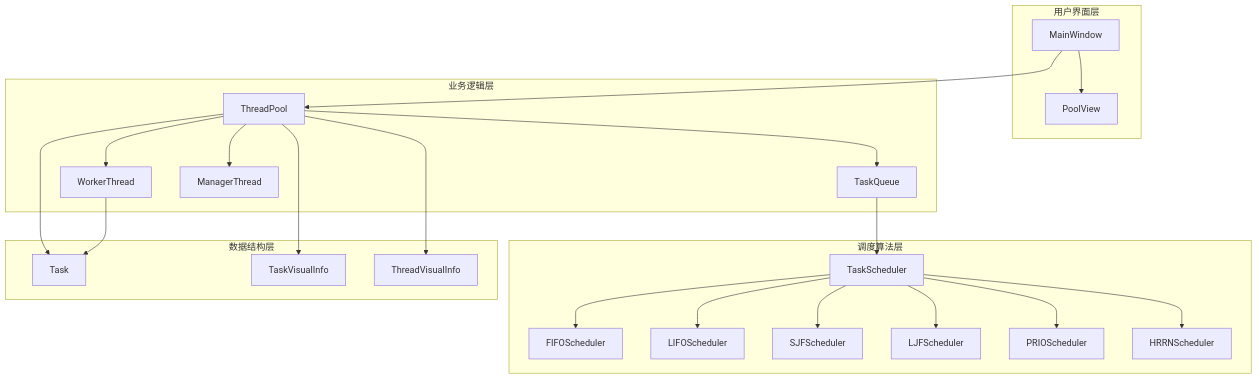
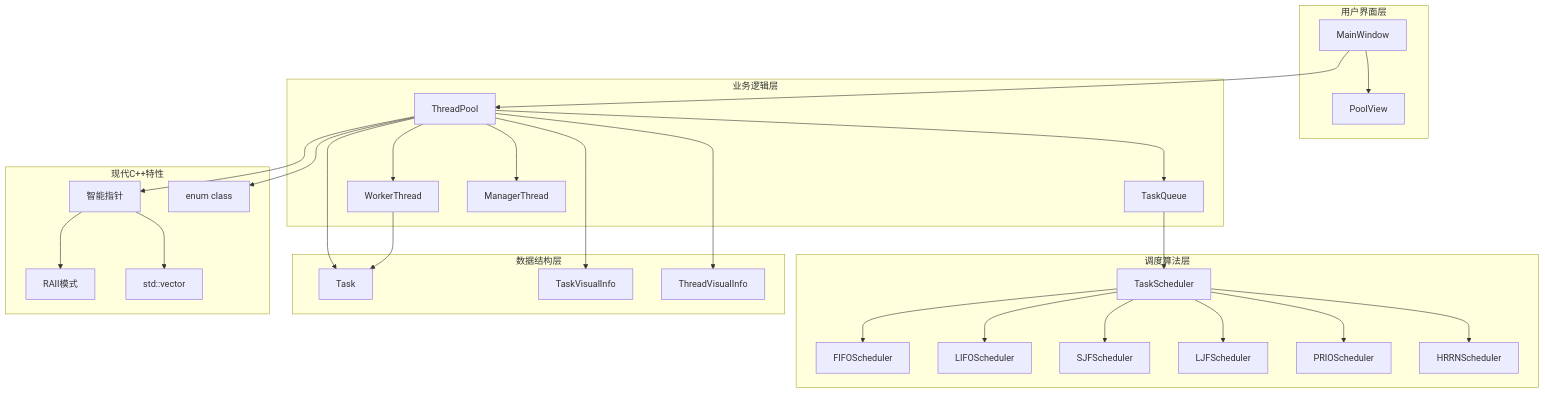
The second of 12 diagrams in README.md (HuJingwen1211/QT-ThreadPool), drawn with Mermaid before and after one commit. The commit also changed other lines of this file and 4 other files, not shown here.

````diff
--- a/README.md
+++ b/README.md
@@ -276,47 +302,58 @@
 ```mermaid
 graph TB
     subgraph "用户界面层"
         UI[MainWindow]
         PV[PoolView]
         UI --> PV
     end
     
     subgraph "业务逻辑层"
         TP[ThreadPool]
         TQ[TaskQueue]
         WT[WorkerThread]
         MT[ManagerThread]
         TP --> TQ
         TP --> WT
         TP --> MT
     end
     
     subgraph "调度算法层"
         TS[TaskScheduler]
         FIFO[FIFOScheduler]
         LIFO[LIFOScheduler]
         SJF[SJFScheduler]
         LJF[LJFScheduler]
         PRIO[PRIOScheduler]
         HRRN[HRRNScheduler]
         TS --> FIFO
         TS --> LIFO
         TS --> SJF
         TS --> LJF
         TS --> PRIO
         TS --> HRRN
     end
     
     subgraph "数据结构层"
         TASK[Task]
         TVI[TaskVisualInfo]
         THVI[ThreadVisualInfo]
     end
     
+    subgraph "现代C++特性"
+        SP[智能指针]
+        RAII[RAII模式]
+        VECTOR[std::vector]
+        ENUM[enum class]
+    end
+    
     UI --> TP
     TQ --> TS
     TP --> TASK
     TP --> TVI
     TP --> THVI
     WT --> TASK
+    TP --> SP
+    SP --> RAII
+    SP --> VECTOR
+    TP --> ENUM
 ```
````
